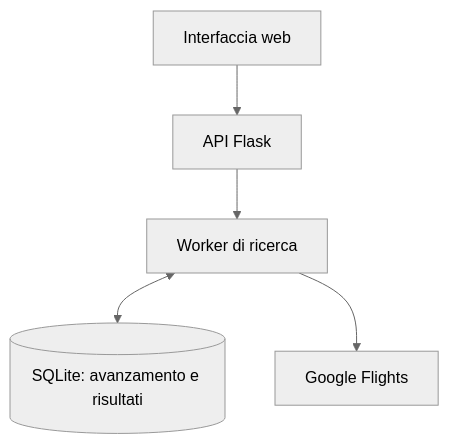
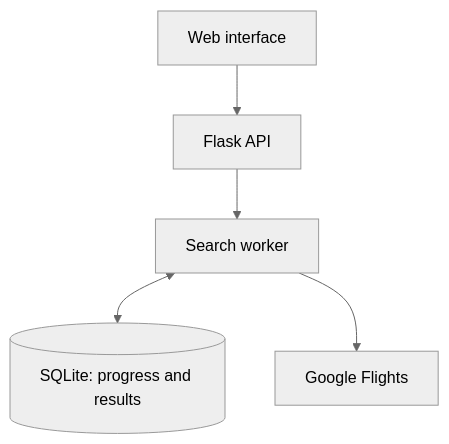
The diagram in README.md (gzanee/Flight-Finder), drawn with Mermaid (neutral theme) before and after one commit. The commit also changed other lines of this file, not shown here.

````diff
--- a/README.md
+++ b/README.md
@@ -151,7 +153,7 @@
 ```mermaid
 flowchart TD
-    UI["Interfaccia web"] --> API["API Flask"]
-    API --> Worker["Worker di ricerca"]
-    Worker <--> DB[("SQLite: avanzamento e risultati")]
+    UI["Web interface"] --> API["Flask API"]
+    API --> Worker["Search worker"]
+    Worker <--> DB[("SQLite: progress and results")]
     Worker --> Google["Google Flights"]
 ```
````
